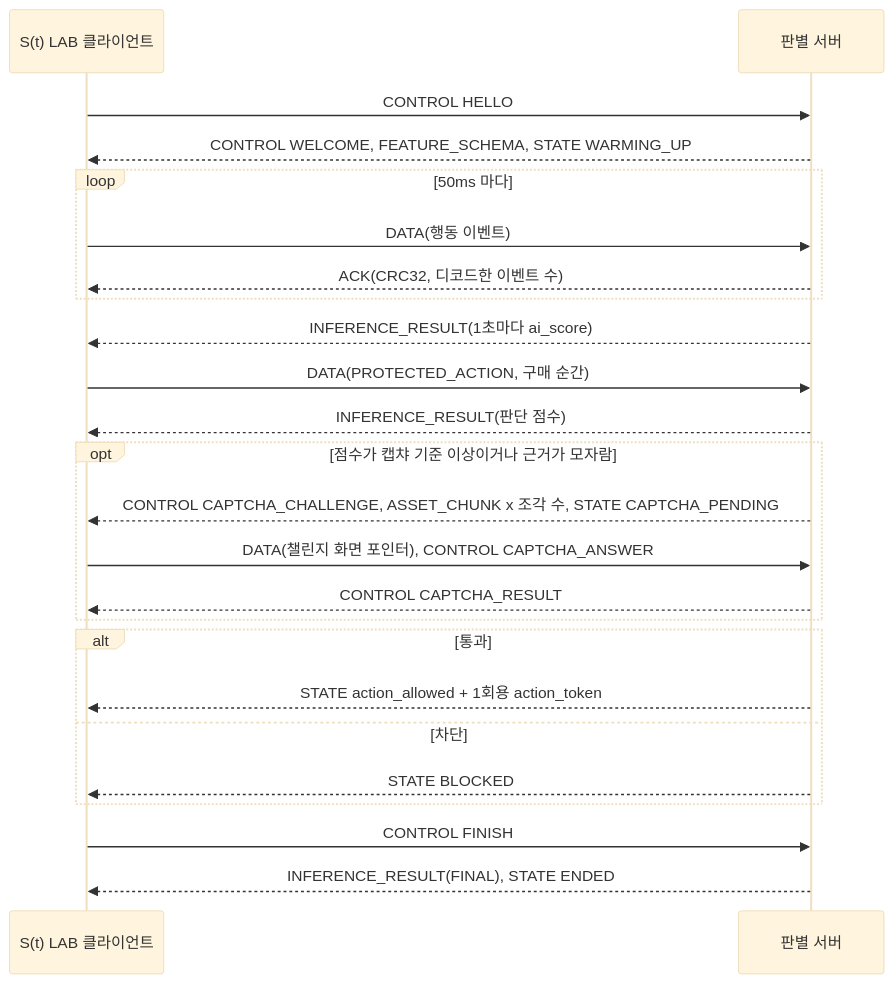
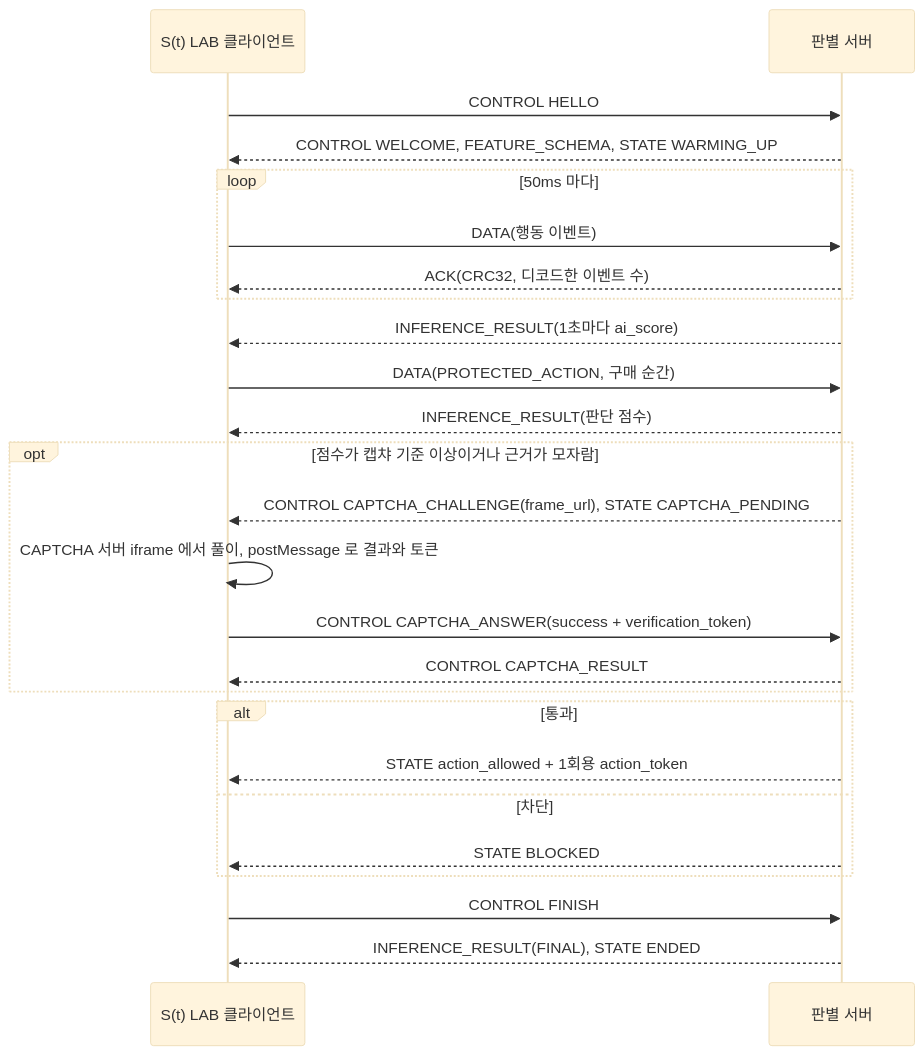
One commit to ACTVERI/AVP-1 changed the diagram in README.md. Above: the diagram before and after it, drawn with Mermaid (base theme). The commit also changed other lines of this file and 10 other files, not shown here.

First line of the commit message:
캡챠가 다른 출처의 iframe 으로 바뀌어 판별 서버가 DATA 로 궤적을 다시 계산할 수 없음

````diff
--- a/README.md
+++ b/README.md
@@ -47,26 +47,27 @@
 ```mermaid
 sequenceDiagram
     participant C as S(t) LAB 클라이언트
     participant S as 판별 서버
     C->>S: CONTROL HELLO
     S-->>C: CONTROL WELCOME, FEATURE_SCHEMA, STATE WARMING_UP
     loop 50ms 마다
         C->>S: DATA(행동 이벤트)
         S-->>C: ACK(CRC32, 디코드한 이벤트 수)
     end
     S-->>C: INFERENCE_RESULT(1초마다 ai_score)
     C->>S: DATA(PROTECTED_ACTION, 구매 순간)
     S-->>C: INFERENCE_RESULT(판단 점수)
     opt 점수가 캡챠 기준 이상이거나 근거가 모자람
-        S-->>C: CONTROL CAPTCHA_CHALLENGE, ASSET_CHUNK x 조각 수, STATE CAPTCHA_PENDING
-        C->>S: DATA(챌린지 화면 포인터), CONTROL CAPTCHA_ANSWER
+        S-->>C: CONTROL CAPTCHA_CHALLENGE(frame_url), STATE CAPTCHA_PENDING
+        C->>C: CAPTCHA 서버 iframe 에서 풀이, postMessage 로 결과와 토큰
+        C->>S: CONTROL CAPTCHA_ANSWER(success + verification_token)
         S-->>C: CONTROL CAPTCHA_RESULT
     end
     alt 통과
         S-->>C: STATE action_allowed + 1회용 action_token
     else 차단
         S-->>C: STATE BLOCKED
     end
     C->>S: CONTROL FINISH
     S-->>C: INFERENCE_RESULT(FINAL), STATE ENDED
 ```
````
